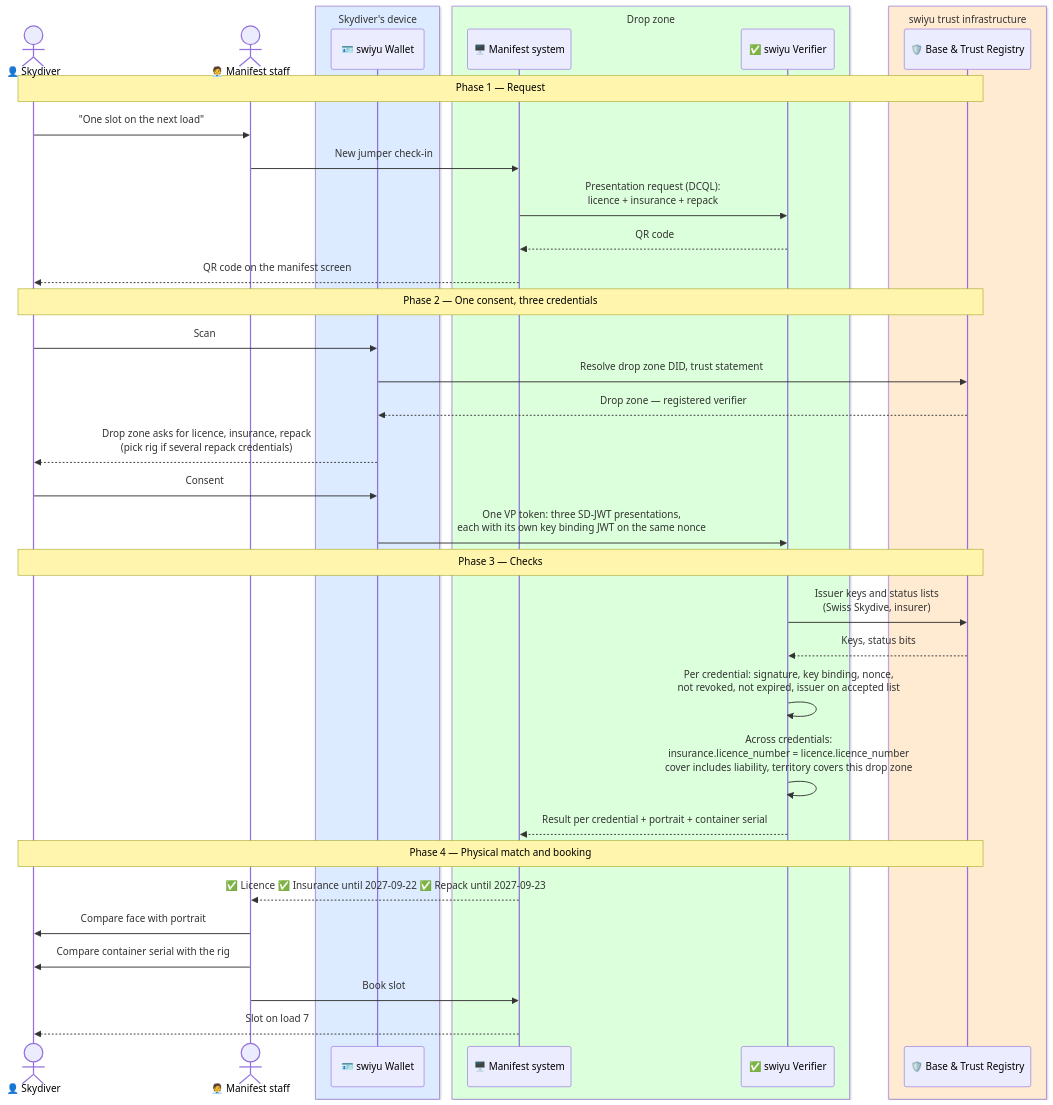
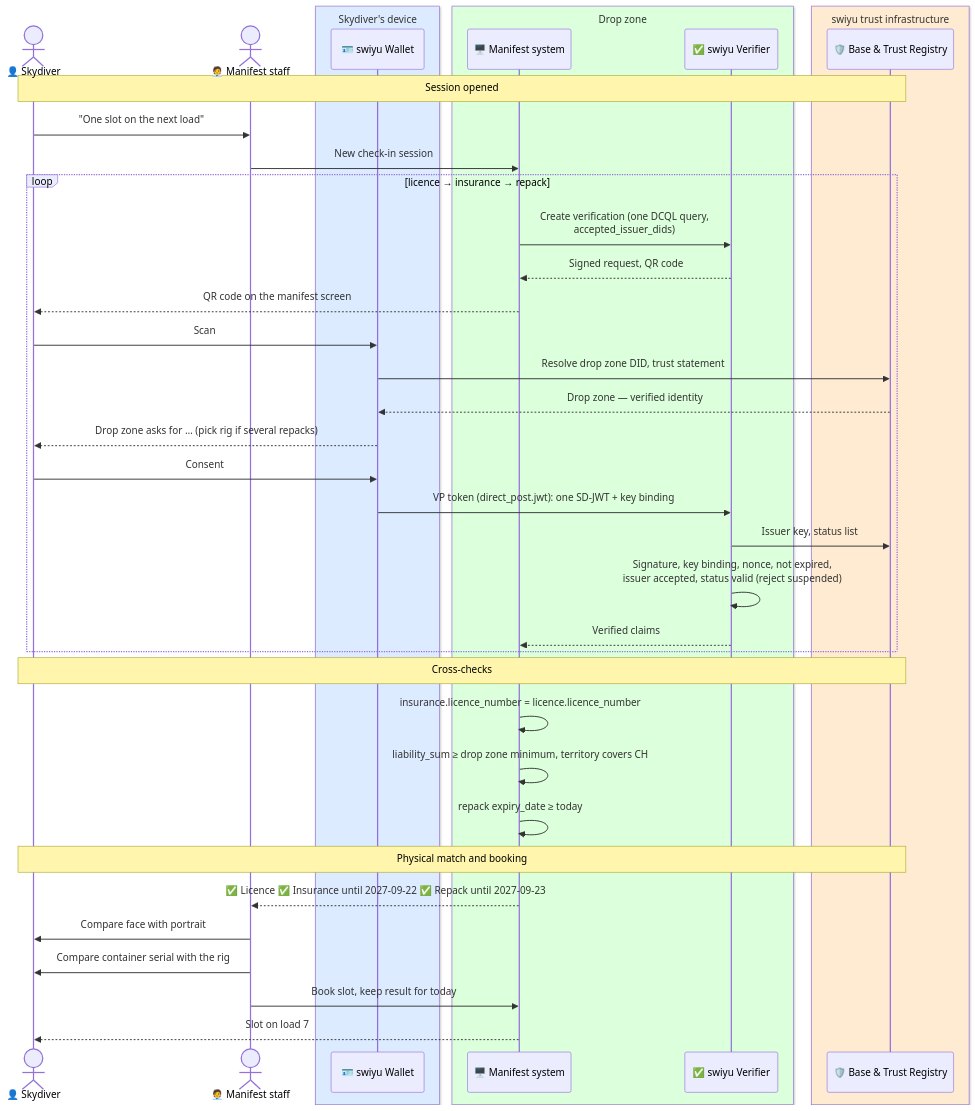
One commit to DIDAS-swiss/Trust-Flow-Diagram-Repository changed the diagram in sport/manifest-check-in.md. Above: the diagram before and after it, drawn with Mermaid. The commit also changed other lines of this file and 11 other files, not shown here.

````diff
--- a/sport/manifest-check-in.md
+++ b/sport/manifest-check-in.md
@@ -49,48 +60,50 @@
 ```mermaid
 %%{init: {"theme": "default", "themeVariables": {"fontFamily": "Inter, Arial"}}}%%
 sequenceDiagram
     actor Jumper as 👤 Skydiver
     actor Staff as 🧑‍💼 Manifest staff
 
     box rgb(220,235,255) Skydiver's device
         participant Wallet as 🪪 swiyu Wallet
     end
 
     box rgb(220,255,220) Drop zone
         participant Manifest as 🖥️ Manifest system
         participant Verifier as ✅ swiyu Verifier
     end
 
     box rgb(255,235,210) swiyu trust infrastructure
         participant Trust as 🛡️ Base & Trust Registry
     end
 
-    Note over Jumper,Trust: Phase 1 — Request
+    Note over Jumper,Trust: Session opened
     Jumper->>Staff: "One slot on the next load"
-    Staff->>Manifest: New jumper check-in
-    Manifest->>Verifier: Presentation request (DCQL):<br/>licence + insurance + repack
-    Verifier-->>Manifest: QR code
-    Manifest-->>Jumper: QR code on the manifest screen
+    Staff->>Manifest: New check-in session
 
-    Note over Jumper,Trust: Phase 2 — One consent, three credentials
-    Jumper->>Wallet: Scan
-    Wallet->>Trust: Resolve drop zone DID, trust statement
-    Trust-->>Wallet: Drop zone — registered verifier
-    Wallet-->>Jumper: Drop zone asks for licence, insurance, repack<br/>(pick rig if several repack credentials)
-    Jumper->>Wallet: Consent
-    Wallet->>Verifier: One VP token: three SD-JWT presentations,<br/>each with its own key binding JWT on the same nonce
+    loop licence → insurance → repack
+        Manifest->>Verifier: Create verification (one DCQL query,<br/>accepted_issuer_dids)
+        Verifier-->>Manifest: Signed request, QR code
+        Manifest-->>Jumper: QR code on the manifest screen
+        Jumper->>Wallet: Scan
+        Wallet->>Trust: Resolve drop zone DID, trust statement
+        Trust-->>Wallet: Drop zone — verified identity
+        Wallet-->>Jumper: Drop zone asks for … (pick rig if several repacks)
+        Jumper->>Wallet: Consent
+        Wallet->>Verifier: VP token (direct_post.jwt): one SD-JWT + key binding
+        Verifier->>Trust: Issuer key, status list
+        Verifier->>Verifier: Signature, key binding, nonce, not expired,<br/>issuer accepted, status valid (reject suspended)
+        Verifier-->>Manifest: Verified claims
+    end
 
-    Note over Jumper,Trust: Phase 3 — Checks
-    Verifier->>Trust: Issuer keys and status lists<br/>(Swiss Skydive, insurer)
-    Trust-->>Verifier: Keys, status bits
-    Verifier->>Verifier: Per credential: signature, key binding, nonce,<br/>not revoked, not expired, issuer on accepted list
-    Verifier->>Verifier: Across credentials:<br/>insurance.licence_number = licence.licence_number<br/>cover includes liability, territory covers this drop zone
-    Verifier-->>Manifest: Result per credential + portrait + container serial
+    Note over Jumper,Trust: Cross-checks
+    Manifest->>Manifest: insurance.licence_number = licence.licence_number
+    Manifest->>Manifest: liability_sum ≥ drop zone minimum, territory covers CH
+    Manifest->>Manifest: repack expiry_date ≥ today
 
-    Note over Jumper,Trust: Phase 4 — Physical match and booking
+    Note over Jumper,Trust: Physical match and booking
     Manifest-->>Staff: ✅ Licence ✅ Insurance until 2027-09-22 ✅ Repack until 2027-09-23
     Staff->>Jumper: Compare face with portrait
     Staff->>Jumper: Compare container serial with the rig
-    Staff->>Manifest: Book slot
+    Staff->>Manifest: Book slot, keep result for today
     Manifest-->>Jumper: Slot on load 7
 ```
````
